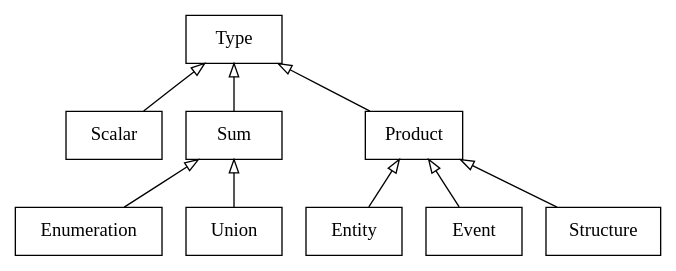
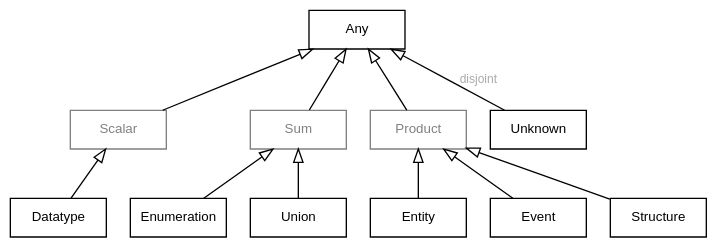
One commit to sdm-lang/tree-sitter-sdml changed the diagram in docs/surface-syntax.org. Above: the diagram before and after it, drawn with Graphviz. The commit also changed other lines of this file and 14 other files, not shown here.

```diff
--- a/docs/surface-syntax.org
+++ b/docs/surface-syntax.org
@@ -227,18 +227,24 @@
 #+BEGIN_SRC dot :file sdml-type-model.svg :exports results
 strict digraph {
+   bgcolor="transparent";
    rankdir=BT;
+   fontname="Helvetica,Arial,sans-serif";
+   node [shape="rect"; fontname="Helvetica,Arial,sans-serif"; fontsize=10; width=1.0; height=0.4];
+   edge [arrowhead=onormal; fontname="Helvetica,Arial,sans-serif"; fontsize=9; fontcolor="darkgrey"];
    
-   node [shape=rect; width=1.0];
-   edge [arrowhead=onormal];
-   
-   Type;
+   Type [label="Any"];
    Scalar -> Type;
+   Scalar [color="grey"; fontcolor="grey"];
+   Datatype -> Scalar;
+   Sum [color="grey"; fontcolor="grey"];
    Sum -> Type;
    Enumeration -> Sum;
    Union -> Sum;
+   Product [color="grey"; fontcolor="grey"];
    Product -> Type;
    Entity -> Product;
    Event -> Product;
    Structure -> Product;
+   Unknown -> Type [label="disjoint"];
 }
 #+END_SRC
```
